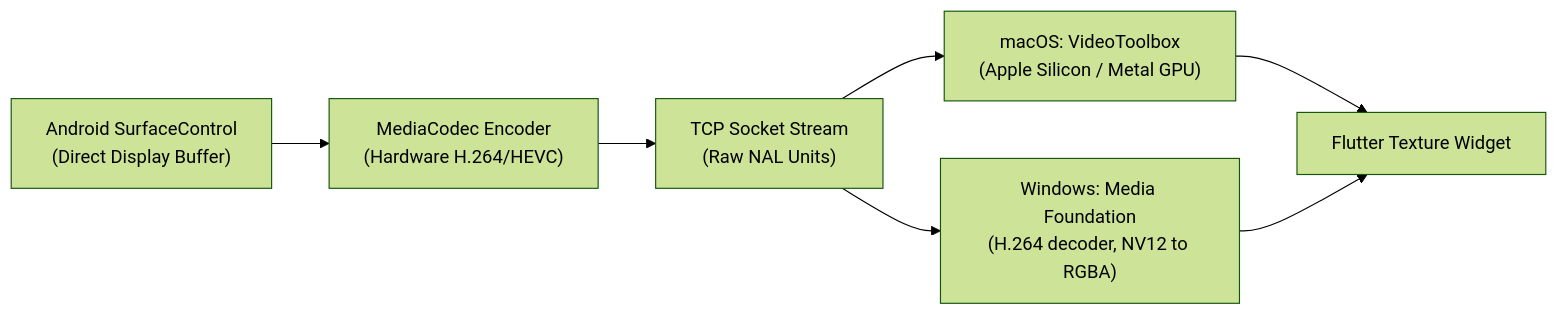
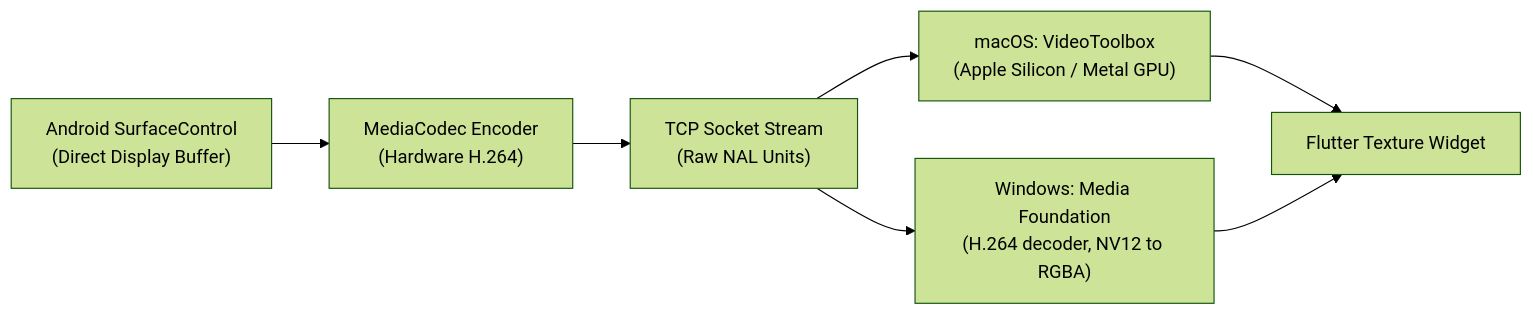
One commit to az-coder-123/azdroid changed the diagram in docs/features/wireless-display-streaming.md. Above: the diagram before and after it, drawn with Mermaid (forest theme). The commit also changed other lines of this file and 6 other files, not shown here.

````diff
--- a/docs/features/wireless-display-streaming.md
+++ b/docs/features/wireless-display-streaming.md
@@ -14,9 +14,9 @@
 ```mermaid
 flowchart LR
-    Android["Android SurfaceControl\n(Direct Display Buffer)"] --> MediaCodec["MediaCodec Encoder\n(Hardware H.264/HEVC)"]
+    Android["Android SurfaceControl\n(Direct Display Buffer)"] --> MediaCodec["MediaCodec Encoder\n(Hardware H.264)"]
     MediaCodec --> Socket["TCP Socket Stream\n(Raw NAL Units)"]
     Socket --> VideoToolbox["macOS: VideoToolbox\n(Apple Silicon / Metal GPU)"]
     Socket --> MediaFoundation["Windows: Media Foundation\n(H.264 decoder, NV12 to RGBA)"]
     VideoToolbox --> Texture["Flutter Texture Widget"]
     MediaFoundation --> Texture
 ```
````
